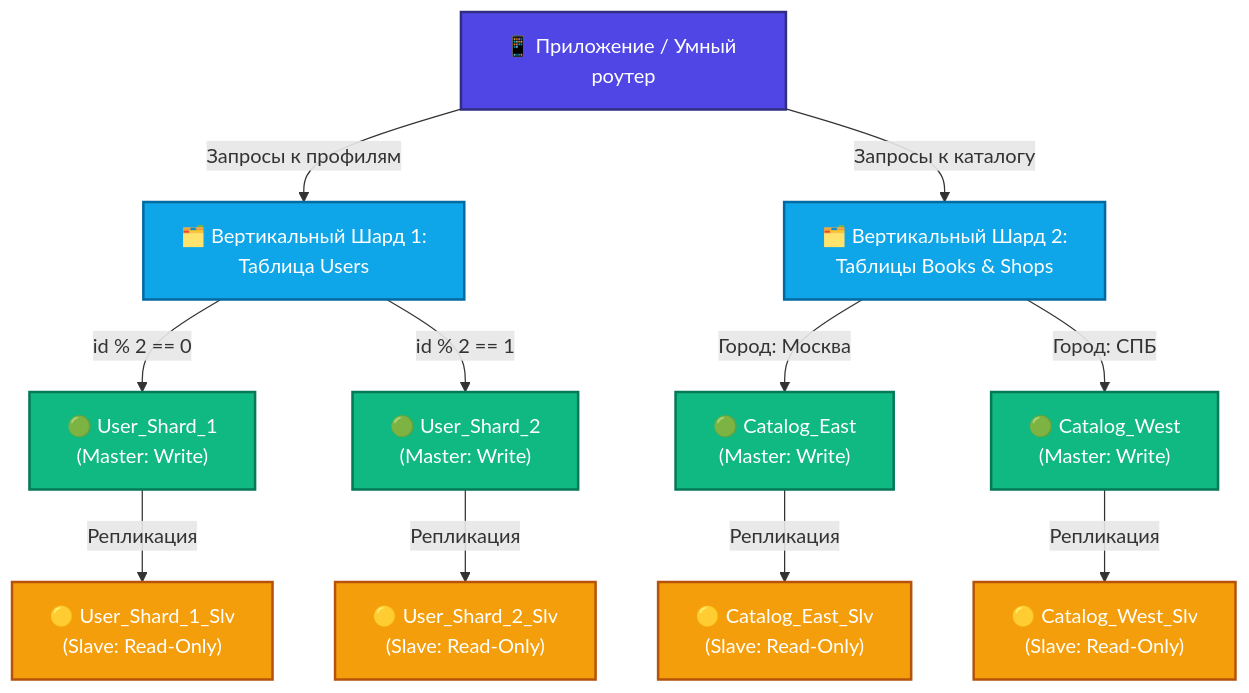
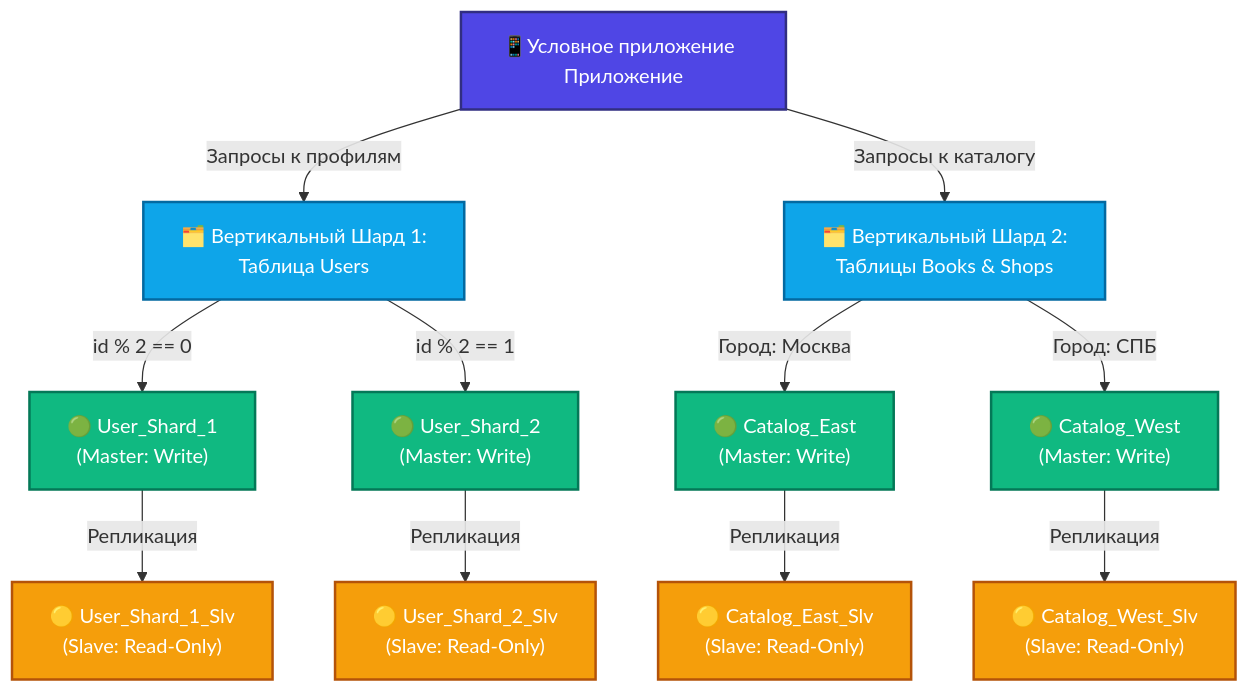
One commit to alexandr-bobkov/Replicacija-i-masshtabirovanie-Chast-2 changed the diagram in README.md. Above: the diagram before and after it, drawn with Mermaid.

````diff
--- a/README.md
+++ b/README.md
@@ -74,36 +74,36 @@
 ```mermaid
 graph TD
     classDef app fill:#4f46e5,color:#fff,stroke:#312e81,stroke-width:2px;
     classDef vert fill:#0ea5e9,color:#fff,stroke:#0369a1,stroke-width:2px;
     classDef master fill:#10b981,color:#fff,stroke:#047857,stroke-width:2px;
     classDef slave fill:#f59e0b,color:#fff,stroke:#b45309,stroke-width:2px;
 
-    APP["📱 Приложение / Умный роутер"]:::app
+    APP["📱Условное приложение  Приложение "]:::app
 
     V1["🗂️ Вертикальный Шард 1:<br>Таблица Users"]:::vert
     V2["🗂️ Вертикальный Шард 2:<br>Таблицы Books & Shops"]:::vert
 
     M1["🟢 User_Shard_1<br>(Master: Write)"]:::master
     M2["🟢 User_Shard_2<br>(Master: Write)"]:::master
     M3["🟢 Catalog_East<br>(Master: Write)"]:::master
     M4["🟢 Catalog_West<br>(Master: Write)"]:::master
 
     S1["🟡 User_Shard_1_Slv<br>(Slave: Read-Only)"]:::slave
     S2["🟡 User_Shard_2_Slv<br>(Slave: Read-Only)"]:::slave
     S3["🟡 Catalog_East_Slv<br>(Slave: Read-Only)"]:::slave
     S4["🟡 Catalog_West_Slv<br>(Slave: Read-Only)"]:::slave
 
     APP -->|"Запросы к профилям"| V1
     APP -->|"Запросы к каталогу"| V2
 
     V1 -->|"id % 2 == 0"| M1
     V1 -->|"id % 2 == 1"| M2
 
     V2 -->|"Город: Москва"| M3
     V2 -->|"Город: СПБ"| M4
 
     M1 -->|"Репликация"| S1
     M2 -->|"Репликация"| S2
     M3 -->|"Репликация"| S3
     M4 -->|"Репликация"| S4
 ```
````
